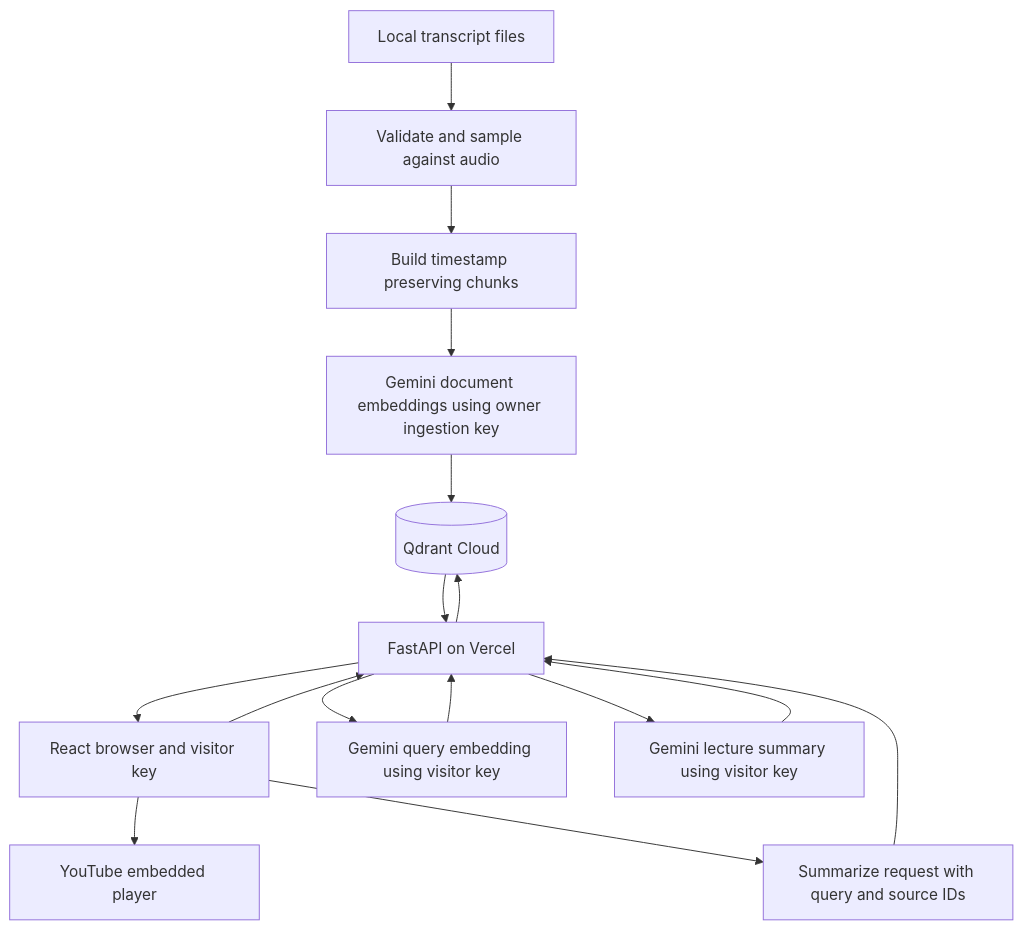
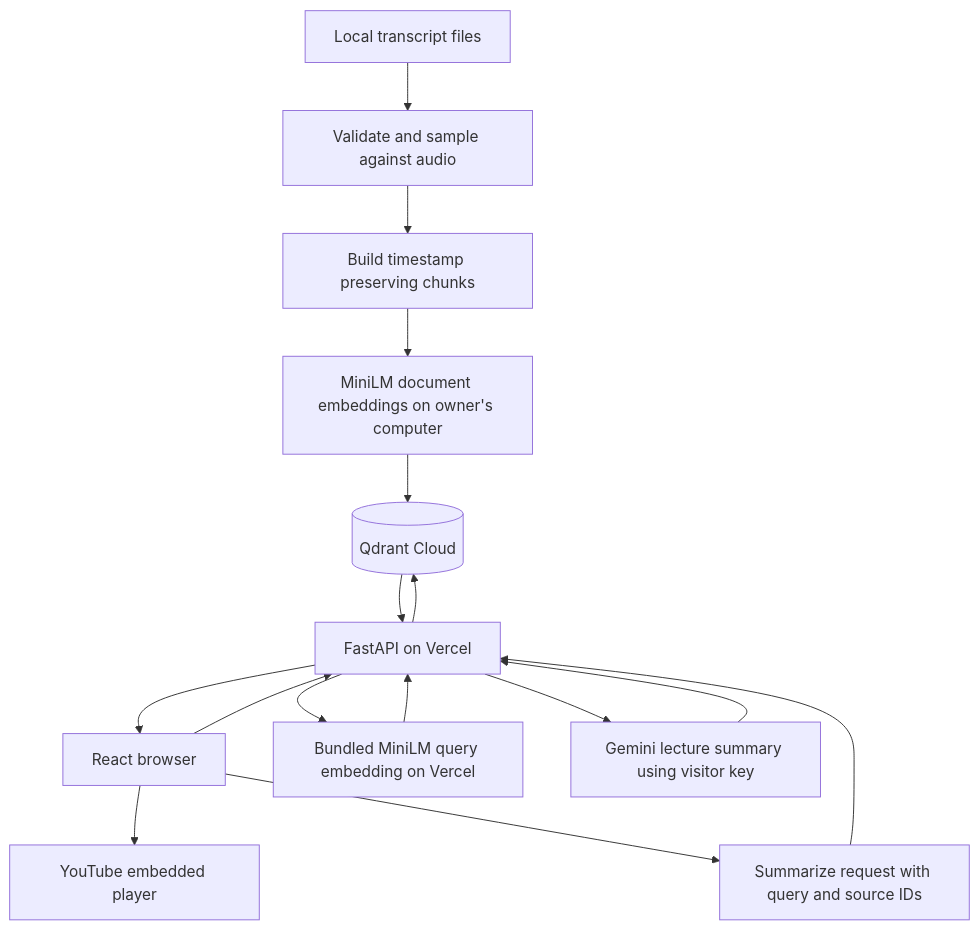
Before and after one commit to the-ajay-panigrahi/recallq: the diagram in PROJECT_CONTEXT.md, drawn with Mermaid. The commit also changed other lines of this file and 35 other files, not shown here.

Commit message:
feat: index available lectures with local MiniLM embeddings

````diff
--- a/PROJECT_CONTEXT.md
+++ b/PROJECT_CONTEXT.md
@@ -78,18 +85,18 @@
 ```mermaid
 flowchart TD
     T[Local transcript files] --> V[Validate and sample against audio]
     V --> C[Build timestamp preserving chunks]
-    C --> E[Gemini document embeddings using owner ingestion key]
+    C --> E[MiniLM document embeddings on owner's computer]
     E --> Q[(Qdrant Cloud)]
-    B[React browser and visitor key] --> A[FastAPI on Vercel]
-    A --> G[Gemini query embedding using visitor key]
+    B[React browser] --> A[FastAPI on Vercel]
+    A --> G[Bundled MiniLM query embedding on Vercel]
     G --> A
     A --> Q
     Q --> A
     A --> B
     B --> Y[YouTube embedded player]
     B --> S[Summarize request with query and source IDs]
     S --> A
     A --> L[Gemini lecture summary using visitor key]
     L --> A
 ```
````
